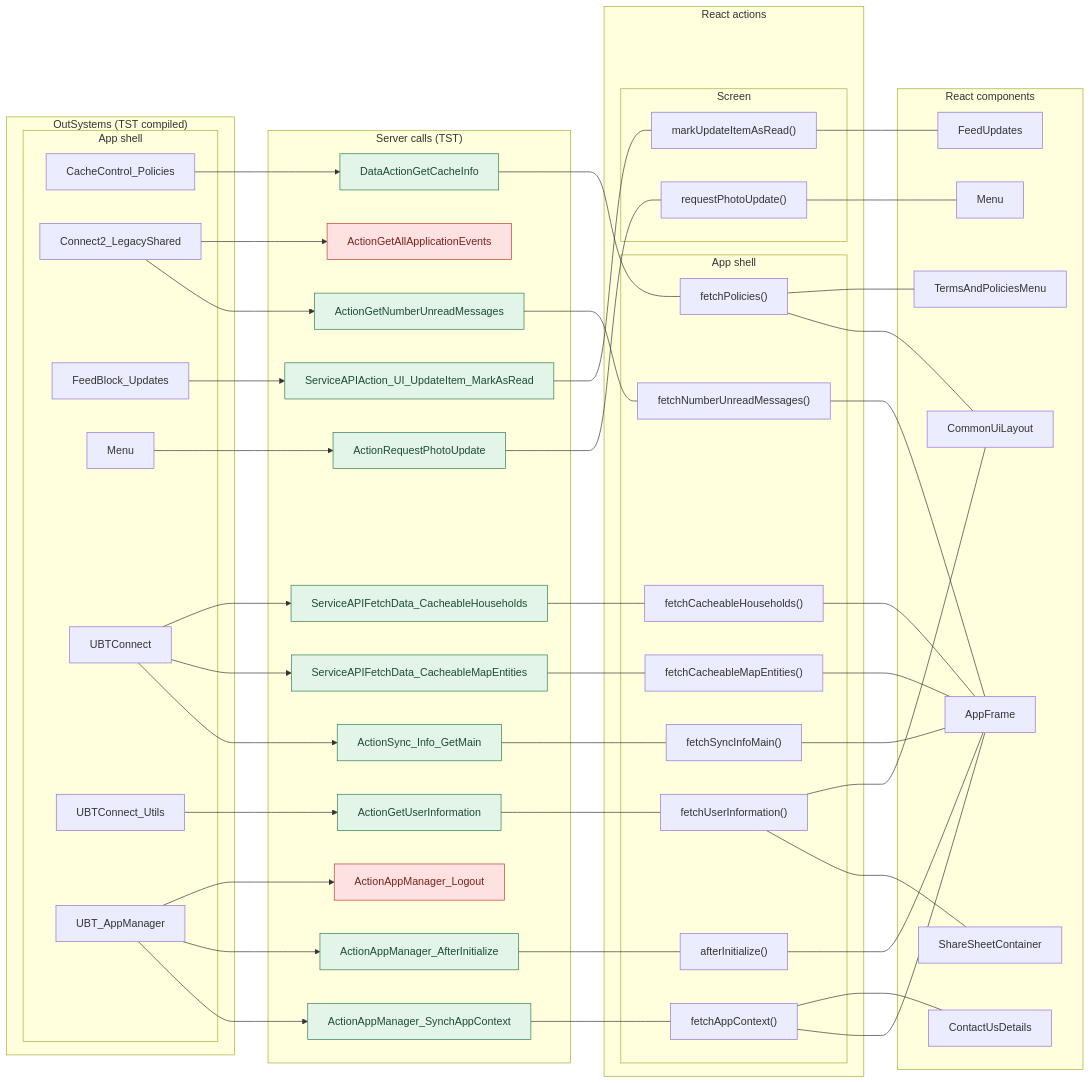
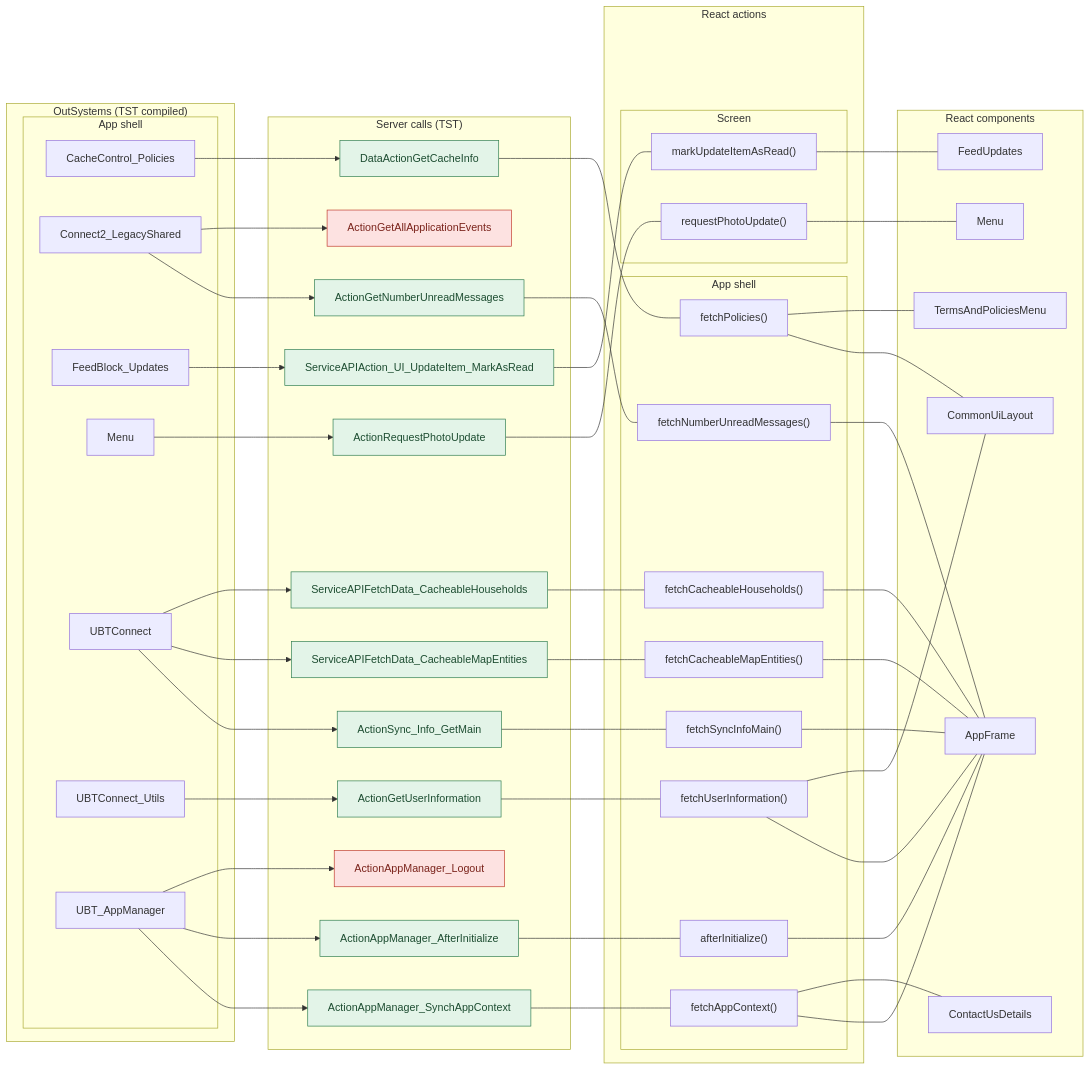
One commit to Phoenix-DX/connect-new-ui changed the first of 18 diagrams in route-actions/APP_SHELL.md. Above: the diagram before and after it, drawn with Mermaid. The commit also changed other lines of this file and 3 other files, not shown here.

```diff
--- a/route-actions/APP_SHELL.md
+++ b/route-actions/APP_SHELL.md
@@ -64,8 +64,7 @@
     c31["ContactUsDetails"]
     c32["FeedUpdates"]
     c33["Menu"]
-    c34["ShareSheetContainer"]
-    c35["TermsAndPoliciesMenu"]
+    c34["TermsAndPoliciesMenu"]
   end
   r19 --- c29
   r20 --- c29
@@ -73,13 +72,13 @@
   r22 --- c29
   r23 --- c29
   r25 --- c29
+  r26 --- c29
   r20 --- c31
-  r26 --- c34
   r24 --- c30
   r26 --- c30
   r27 --- c32
   r28 --- c33
-  r24 --- c35
+  r24 --- c34
   o6 --> e7
   o6 --> e8
   o6 --> e17
```
